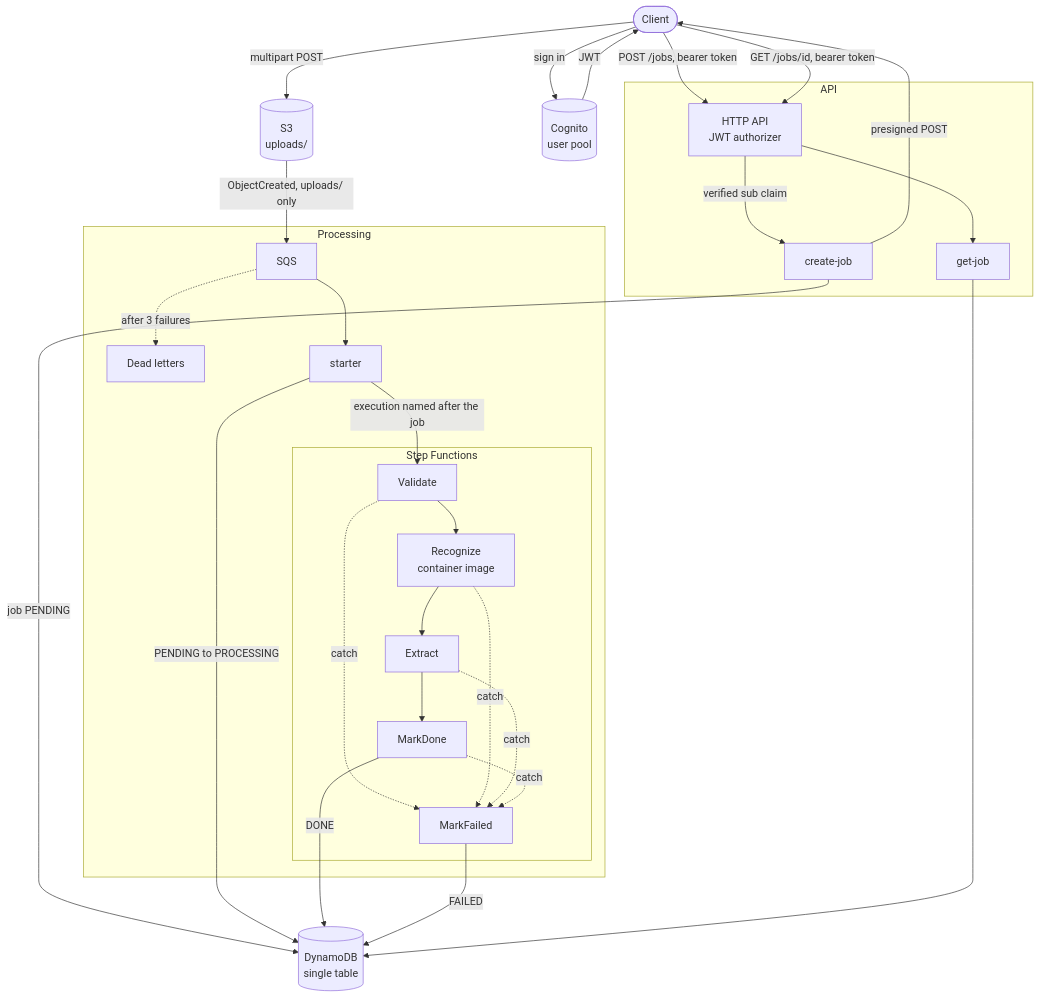
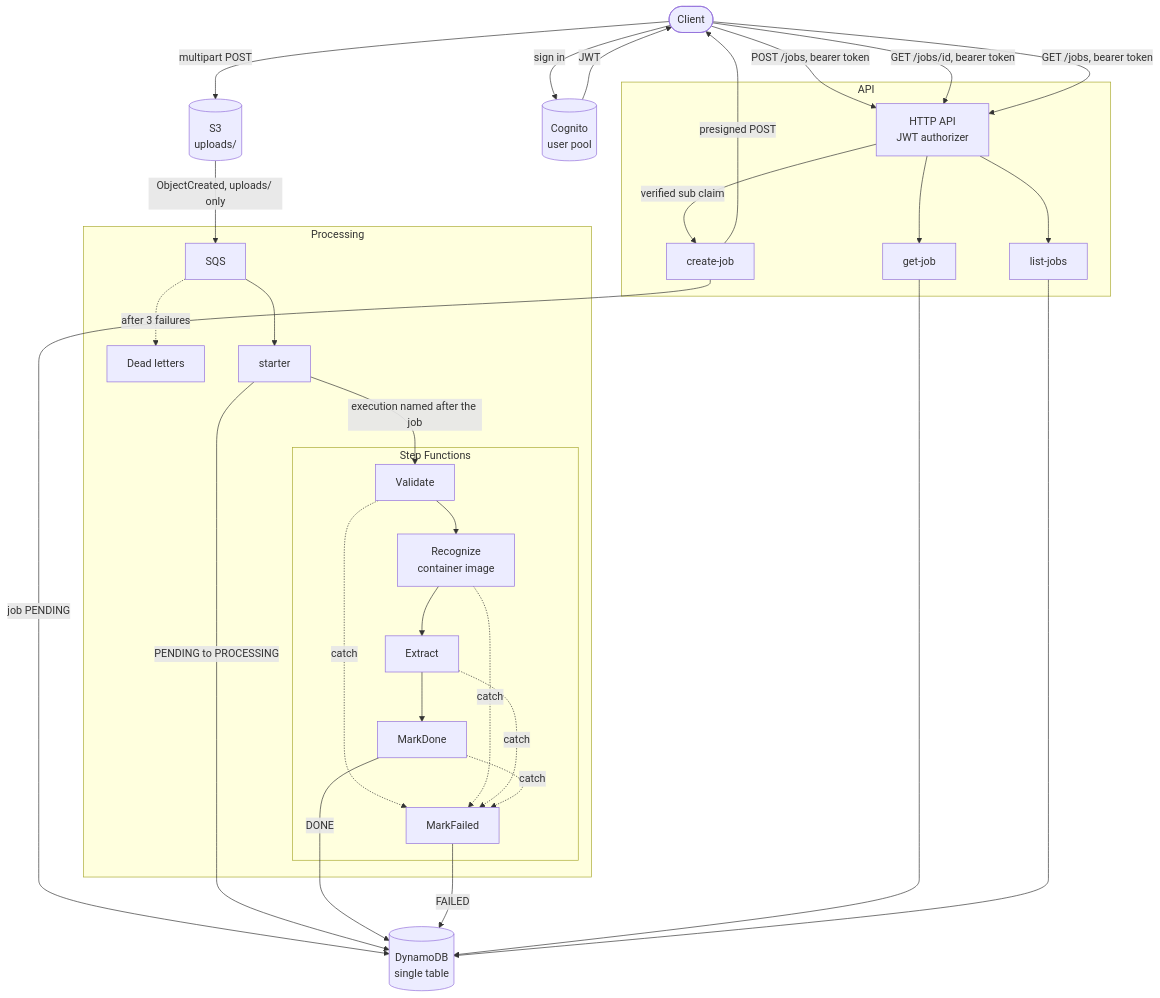
One commit to Vyzz1/doc-flow changed the first of 2 diagrams in docs/architecture.md. Above: the diagram before and after it, drawn with Mermaid. The commit also changed 9 other files, not shown here.

First line of the commit message:
feat(api): add GET /jobs to list the caller's jobs (#27)

````diff
--- a/docs/architecture.md
+++ b/docs/architecture.md
@@ -31,54 +31,58 @@
 ```mermaid
 flowchart TD
     client(["Client"])
 
     subgraph api["API"]
         gateway["HTTP API<br/>JWT authorizer"]
         createJob["create-job"]
         getJob["get-job"]
+        listJobs["list-jobs"]
     end
 
     cognito[("Cognito<br/>user pool")]
 
     subgraph processing["Processing"]
         queue["SQS"]
         dlq["Dead letters"]
         starter["starter"]
 
         subgraph workflow["Step Functions"]
             validate["Validate"]
             recognize["Recognize<br/>container image"]
             extractStep["Extract"]
             markDone["MarkDone"]
             markFailed["MarkFailed"]
         end
     end
 
     table[("DynamoDB<br/>single table")]
     bucket[("S3<br/>uploads/")]
 
     client -->|"sign in"| cognito
     cognito -->|"JWT"| client
     client -->|"POST /jobs, bearer token"| gateway
     gateway -->|"verified sub claim"| createJob
     createJob -->|"job PENDING"| table
     createJob -->|"presigned POST"| client
     client -->|"multipart POST"| bucket
     bucket -->|"ObjectCreated, uploads/ only"| queue
     queue --> starter
     queue -.->|"after 3 failures"| dlq
     starter -->|"PENDING to PROCESSING"| table
     starter -->|"execution named after the job"| validate
     validate --> recognize
     recognize --> extractStep
     extractStep --> markDone
     validate -.->|"catch"| markFailed
     recognize -.->|"catch"| markFailed
     extractStep -.->|"catch"| markFailed
     markDone -.->|"catch"| markFailed
     markDone -->|"DONE"| table
     markFailed -->|"FAILED"| table
     client -->|"GET /jobs/id, bearer token"| gateway
     gateway --> getJob
     getJob --> table
+    client -->|"GET /jobs, bearer token"| gateway
+    gateway --> listJobs
+    listJobs --> table
 ```
````
